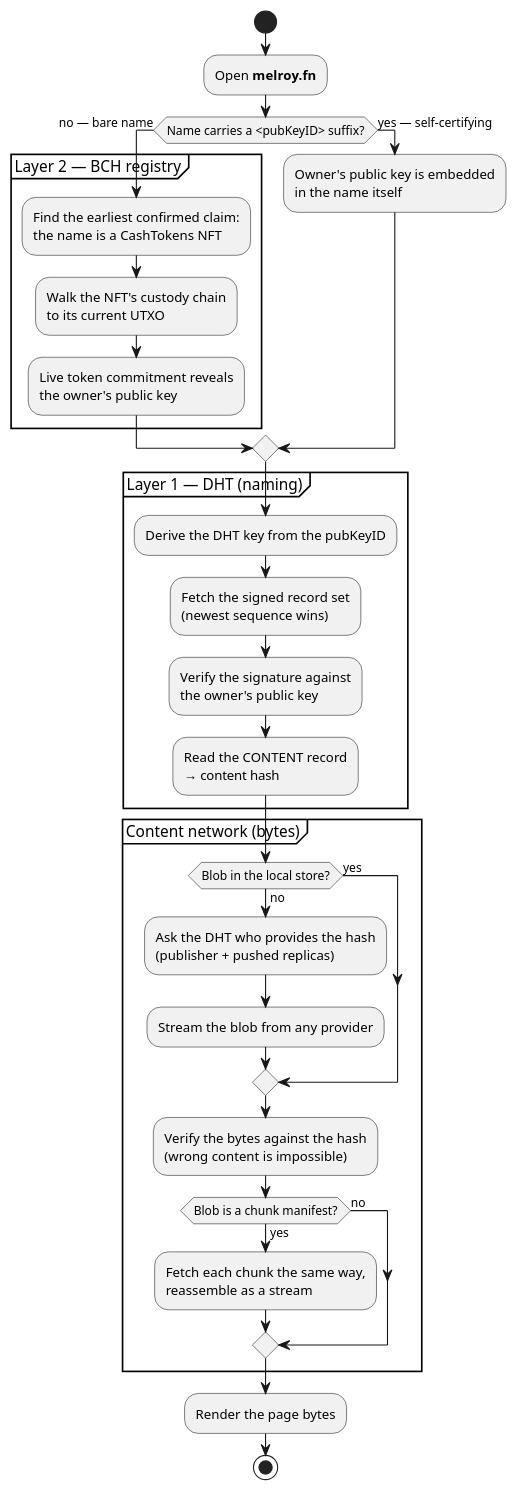
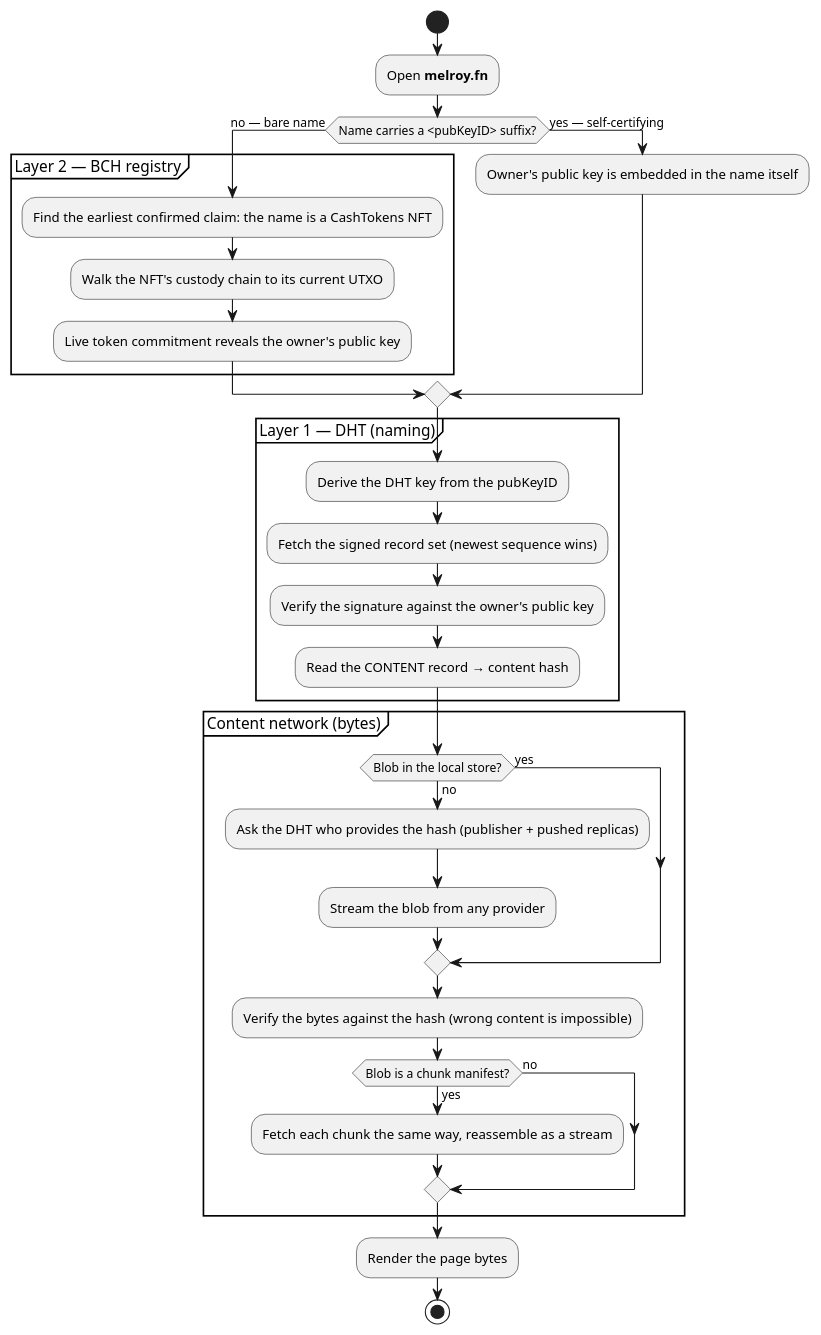
One commit to FreedomNames/FreedomNames changed the diagram in README.md. Above: the diagram before and after it, drawn with PlantUML.

Commit message:
README: widen the resolution flowchart to fill the page
The PlantUML activity diagram rendered tall and narrow (~520x1290),
leaving the right half of the README empty on GitLab.

Drop the hard \n line breaks inside the activity labels so each step
renders as one wide box instead of a narrow two-line one. The diagram
is now 746x1236 -- ~43% wider and slightly shorter -- with the
structure unchanged: same partitions, branches, loop-backs and
top-to-bottom flow.

Swimlanes-per-layer were tried and rejected: the flow is a strictly
linear chain, so lanes make it cascade diagonally and leave large
empty regions in the lower-left.

````diff
--- a/README.md
+++ b/README.md
@@ -46,35 +46,35 @@
 ```plantuml
 @startuml
 start
 :Open <b>melroy.fn</b>;
 if (Name carries a <pubKeyID> suffix?) then (no — bare name)
   partition "Layer 2 — BCH registry" {
-    :Find the earliest confirmed claim:\nthe name is a CashTokens NFT;
-    :Walk the NFT's custody chain\nto its current UTXO;
-    :Live token commitment reveals\nthe owner's public key;
+    :Find the earliest confirmed claim: the name is a CashTokens NFT;
+    :Walk the NFT's custody chain to its current UTXO;
+    :Live token commitment reveals the owner's public key;
   }
 else (yes — self-certifying)
-  :Owner's public key is embedded\nin the name itself;
+  :Owner's public key is embedded in the name itself;
 endif
 partition "Layer 1 — DHT (naming)" {
   :Derive the DHT key from the pubKeyID;
-  :Fetch the signed record set\n(newest sequence wins);
-  :Verify the signature against\nthe owner's public key;
-  :Read the CONTENT record\n→ content hash;
+  :Fetch the signed record set (newest sequence wins);
+  :Verify the signature against the owner's public key;
+  :Read the CONTENT record → content hash;
 }
 partition "Content network (bytes)" {
   if (Blob in the local store?) then (yes)
   else (no)
-    :Ask the DHT who provides the hash\n(publisher + pushed replicas);
+    :Ask the DHT who provides the hash (publisher + pushed replicas);
     :Stream the blob from any provider;
   endif
-  :Verify the bytes against the hash\n(wrong content is impossible);
+  :Verify the bytes against the hash (wrong content is impossible);
   if (Blob is a chunk manifest?) then (yes)
-    :Fetch each chunk the same way,\nreassemble as a stream;
+    :Fetch each chunk the same way, reassemble as a stream;
   else (no)
   endif
 }
 :Render the page bytes;
 stop
 @enduml
 ```
````
